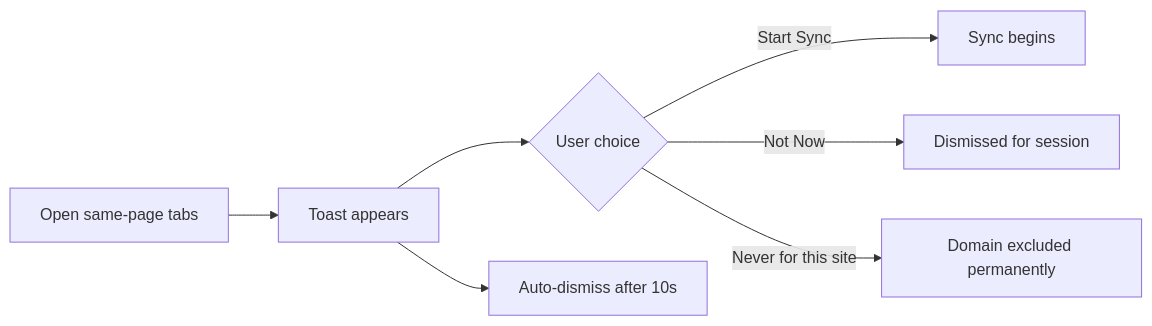
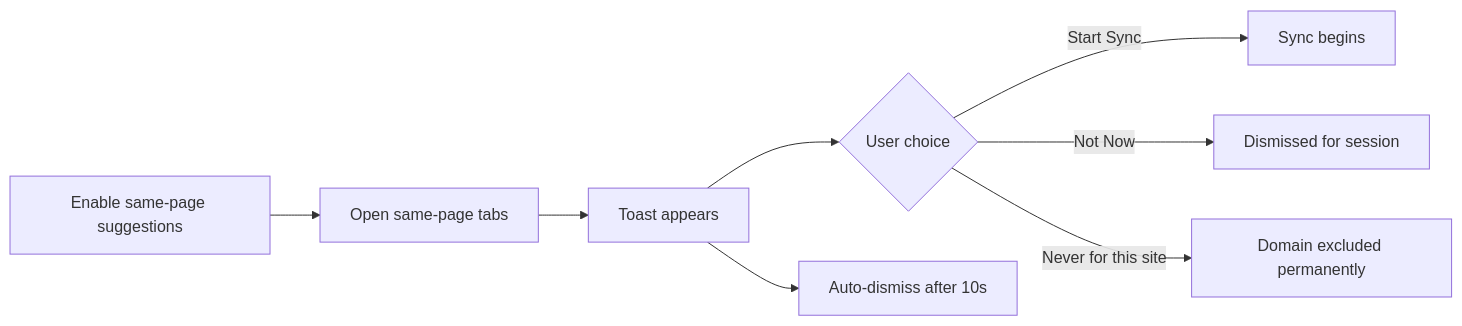
Before and after one commit to jaem1n207/synchronize-tab-scrolling: the third of 4 diagrams in README.md, drawn with Mermaid. The commit also changed other lines of this file, not shown here.

Commit message:
docs: update auto-sync user guidance

````diff
--- a/README.md
+++ b/README.md
@@ -182,9 +183,10 @@
 ```mermaid
 flowchart LR
-    A[Open same-page tabs] --> B[Toast appears]
-    B --> C{User choice}
-    C -->|Start Sync| D[Sync begins]
-    C -->|Not Now| E[Dismissed for session]
-    C -->|Never for this site| F[Domain excluded permanently]
-    B --> G[Auto-dismiss after 10s]
+    A[Enable same-page suggestions] --> B[Open same-page tabs]
+    B --> C[Toast appears]
+    C --> D{User choice}
+    D -->|Start Sync| E[Sync begins]
+    D -->|Not Now| F[Dismissed for session]
+    D -->|Never for this site| G[Domain excluded permanently]
+    C --> H[Auto-dismiss after 10s]
 ```
````
